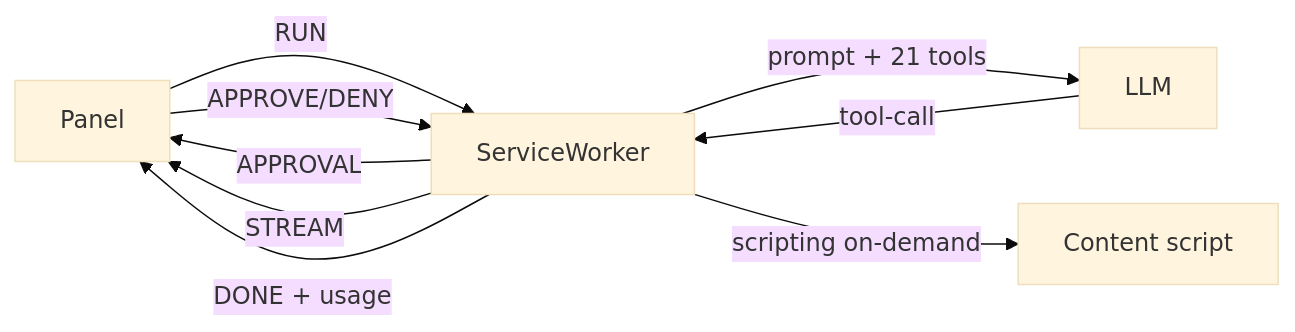
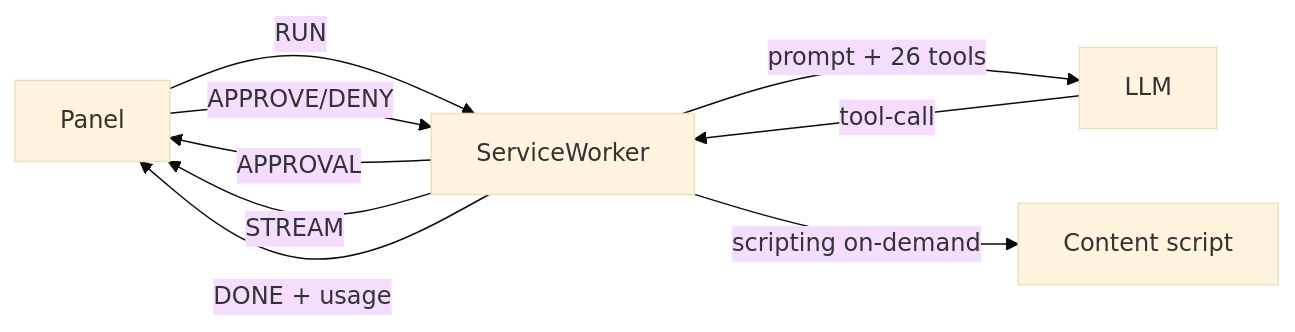
One commit to CultureDigitali/lmuse changed the diagram in GUIDA.md. Above: the diagram before and after it, drawn with Mermaid (base theme). The commit also changed other lines of this file and 24 other files, not shown here.

````diff
--- a/GUIDA.md
+++ b/GUIDA.md
@@ -74,11 +75,11 @@
 ```mermaid
 flowchart LR
     Panel -- RUN --> SW[ServiceWorker]
-    SW -- prompt + 21 tools --> LLM
+    SW -- prompt + 26 tools --> LLM
     LLM -- tool-call --> SW
     SW -- APPROVAL --> Panel
     Panel -- APPROVE/DENY --> SW
     SW -- scripting on-demand --> CS[Content script]
     SW -- STREAM --> Panel
     SW -- DONE + usage --> Panel
 ```
````
